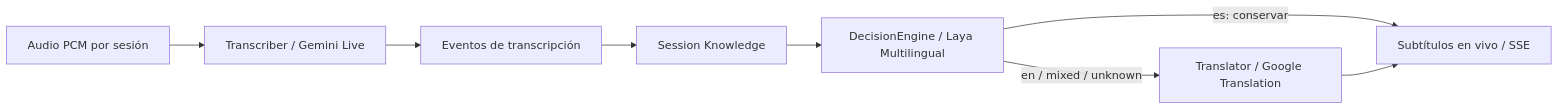
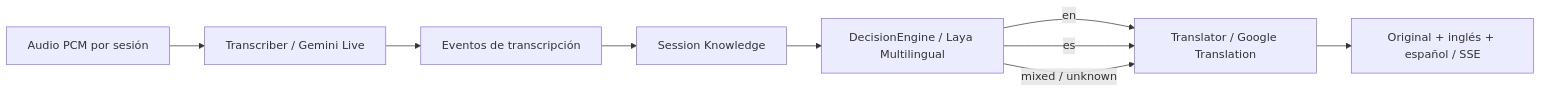
Before and after one commit to munhof/sintonizados: the diagram in README.md, drawn with Mermaid. The commit also changed other lines of this file and 18 other files, not shown here.

````diff
--- a/README.md
+++ b/README.md
@@ -11,10 +11,11 @@
 ```mermaid
 flowchart LR
   A[Audio PCM por sesión] --> B[Transcriber / Gemini Live]
   B --> C[Eventos de transcripción]
   C --> K[Session Knowledge]
   K --> D[DecisionEngine / Laya Multilingual]
-  D -->|en / mixed / unknown| E[Translator / Google Translation]
-  D -->|es: conservar| F
-  E --> F[Subtítulos en vivo / SSE]
+  D -->|en| E[Translator / Google Translation]
+  D -->|es| E
+  D -->|mixed / unknown| E
+  E --> F[Original + inglés + español / SSE]
 ```
````
